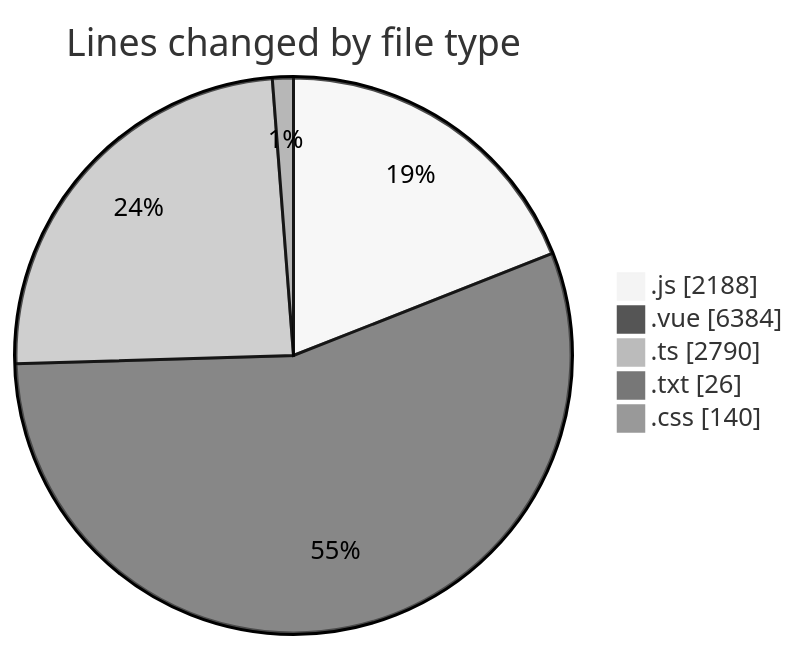
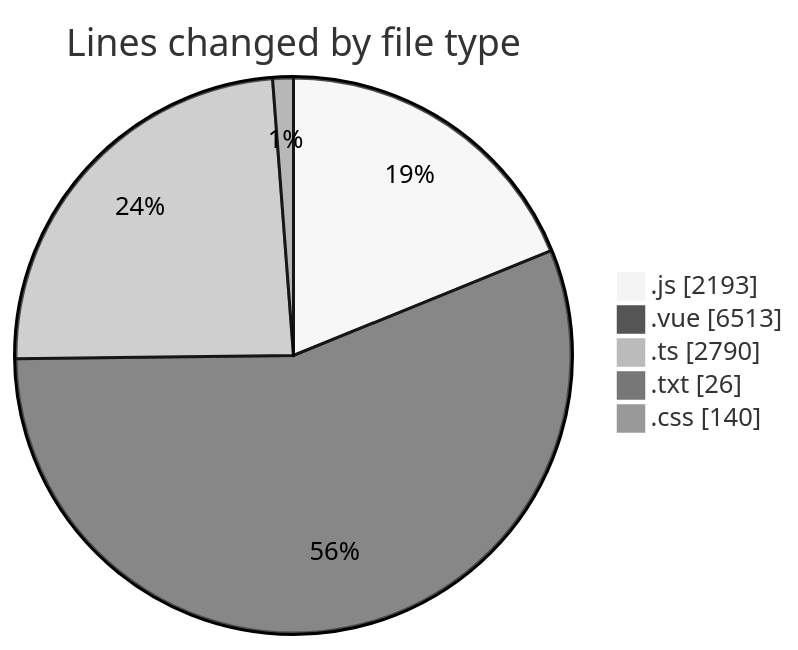
The first of 2 diagrams in 2025-08-17/rentotp/README.md (lephambinh05/code-tracking), drawn with Mermaid (neutral theme) before and after one commit. The commit also changed other lines of this file and 1 other file, not shown here.

````diff
--- a/2025-08-17/rentotp/README.md
+++ b/2025-08-17/rentotp/README.md
@@ -54,9 +55,9 @@
 ```mermaid
 pie showData
 title Lines changed by file type
-".js" : 2188
-".vue" : 6384
+".js" : 2193
+".vue" : 6513
 ".ts" : 2790
 ".txt" : 26
 ".css" : 140
 ```
````
